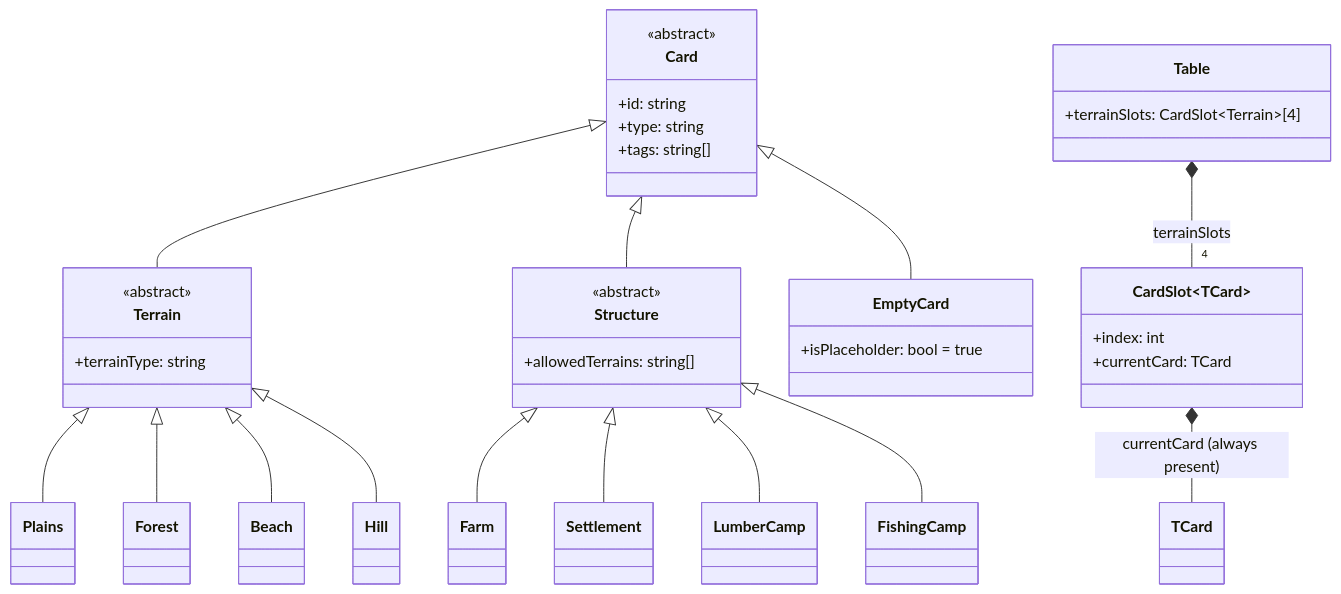
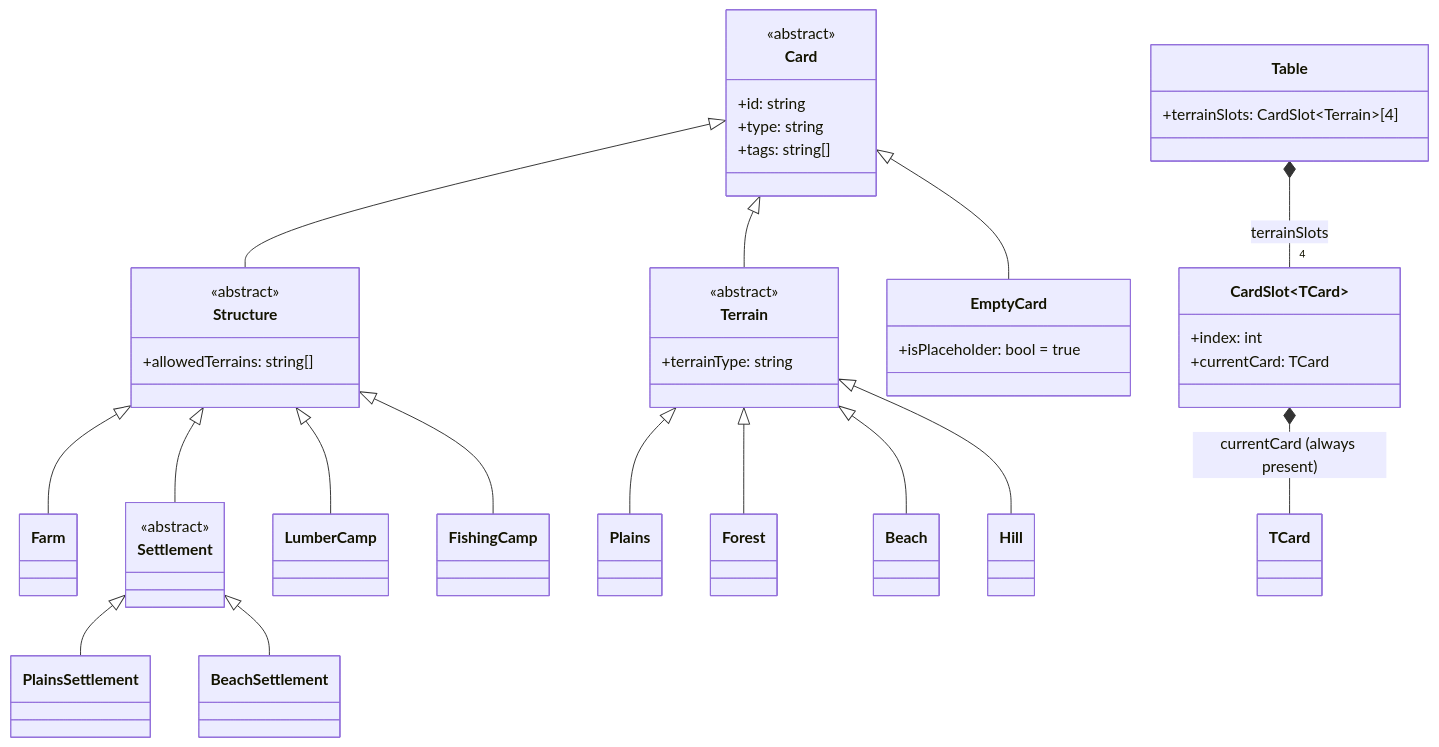
One commit to AJosephsen/gfxer changed the first of 2 diagrams in StrategyGame/data-structure.md. Above: the diagram before and after it, drawn with Mermaid. The commit also changed other lines of this file, not shown here.

Commit message:
docs: model plains and beach settlements under settlement

````diff
--- a/StrategyGame/data-structure.md
+++ b/StrategyGame/data-structure.md
@@ -17,56 +17,62 @@
 ```mermaid
 classDiagram
     class Card {
         <<abstract>>
         +id: string
         +type: string
         +tags: string[]
     }
 
     class Terrain {
         <<abstract>>
         +terrainType: string
     }
 
     class Structure {
         <<abstract>>
         +allowedTerrains: string[]
     }
 
     class Farm
-    class Settlement
+    class Settlement {
+        <<abstract>>
+    }
+    class PlainsSettlement
+    class BeachSettlement
     class LumberCamp
     class FishingCamp
 
     class Plains
     class Forest
     class Beach
     class Hill
 
     class EmptyCard {
         +isPlaceholder: bool = true
     }
 
     class CardSlot~TCard~ {
         +index: int
         +currentCard: TCard
     }
 
     class Table {
         +terrainSlots: CardSlot~Terrain~[4]
     }
 
     Card <|-- EmptyCard
     Card <|-- Terrain
     Card <|-- Structure
     Structure <|-- Farm
     Structure <|-- Settlement
+    Settlement <|-- PlainsSettlement
+    Settlement <|-- BeachSettlement
     Structure <|-- LumberCamp
     Structure <|-- FishingCamp
     Terrain <|-- Plains
     Terrain <|-- Forest
     Terrain <|-- Beach
     Terrain <|-- Hill
     CardSlot~TCard~ *-- TCard : currentCard (always present)
     Table *-- "4" CardSlot~Terrain~ : terrainSlots
 ```
````
